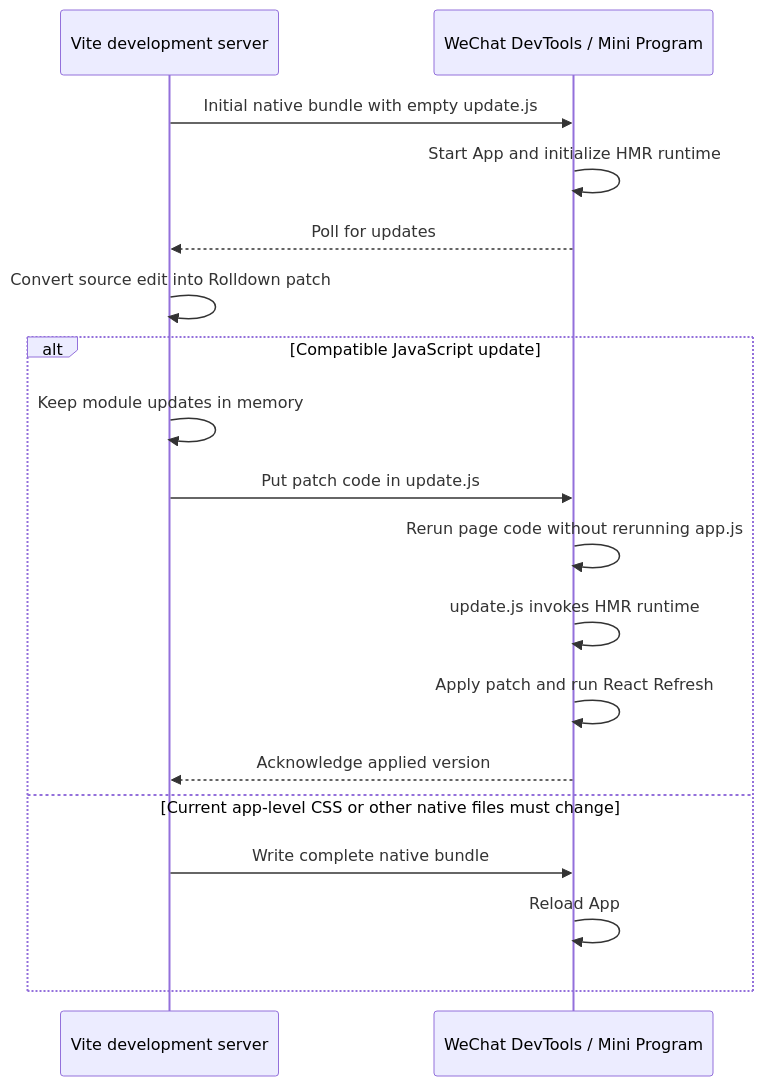
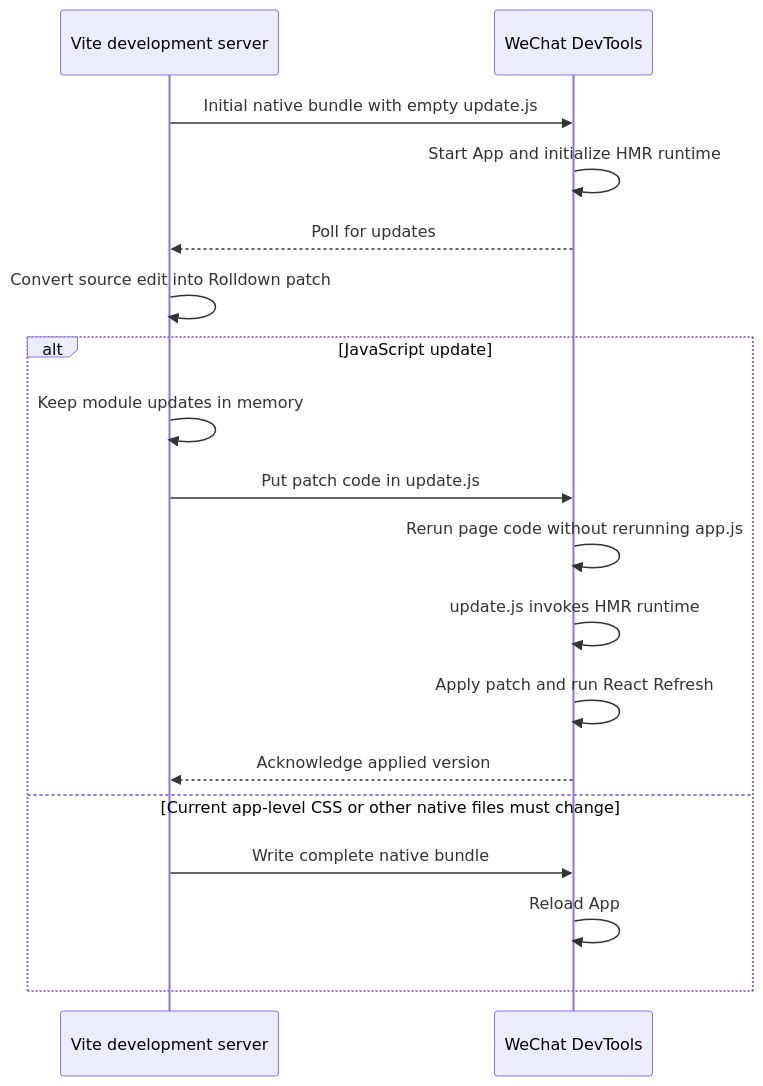
The diagram in draft/hmr-architecture.md (sep2/vite-plugin-taro), drawn with Mermaid before and after one commit. The commit also changed other lines of this file and 9 other files, not shown here.

Commit message:
docs: enhance HMR and core architecture drafts with state-preserving hot reload details and `compileHotReLoad` requirement

````diff
--- a/draft/hmr-architecture.md
+++ b/draft/hmr-architecture.md
@@ -47,23 +56,23 @@
 ```mermaid
 sequenceDiagram
     participant Server as Vite development server
-    participant WX as WeChat DevTools / Mini Program
+    participant WX as WeChat DevTools
 
     Server->>WX: Initial native bundle with empty update.js
     WX->>WX: Start App and initialize HMR runtime
     WX-->>Server: Poll for updates
 
     Server->>Server: Convert source edit into Rolldown patch
 
-    alt Compatible JavaScript update
+    alt JavaScript update
         Server->>Server: Keep module updates in memory
         Server->>WX: Put patch code in update.js
         WX->>WX: Rerun page code without rerunning app.js
         WX->>WX: update.js invokes HMR runtime
         WX->>WX: Apply patch and run React Refresh
         WX-->>Server: Acknowledge applied version
     else Current app-level CSS or other native files must change
         Server->>WX: Write complete native bundle
         WX->>WX: Reload App
     end
 ```
````
